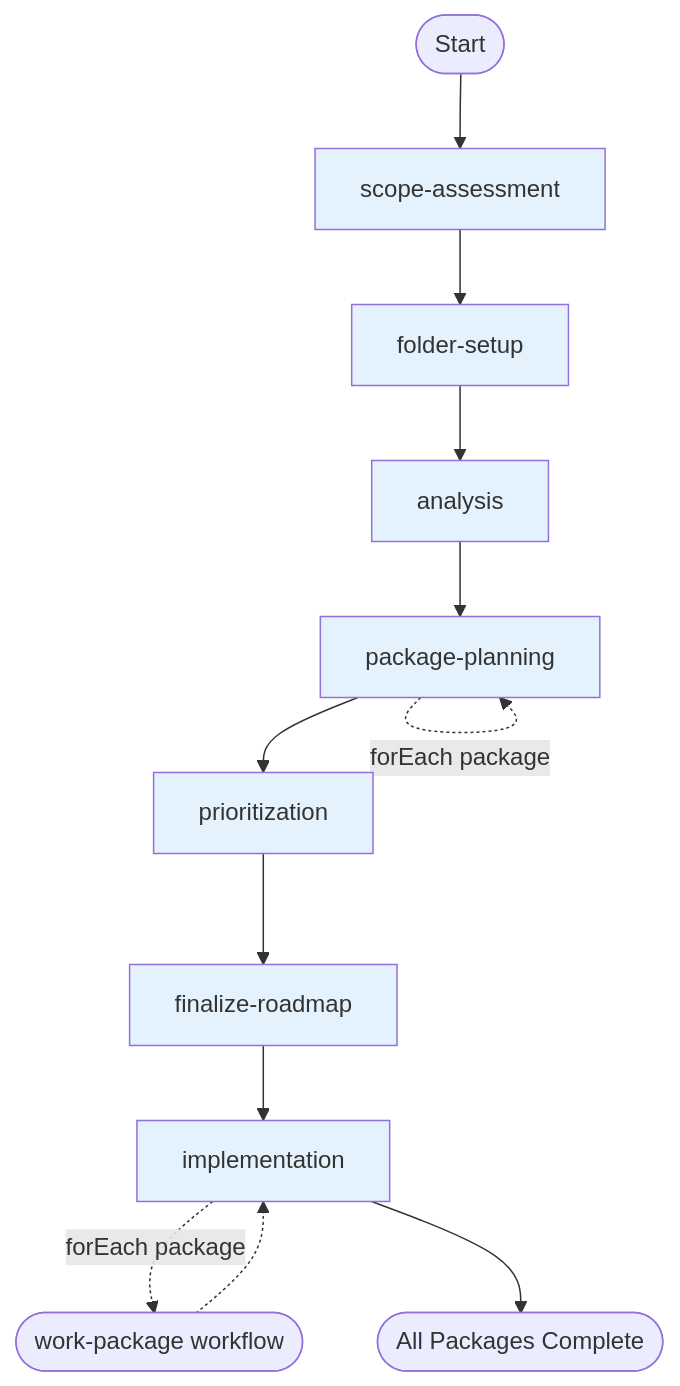
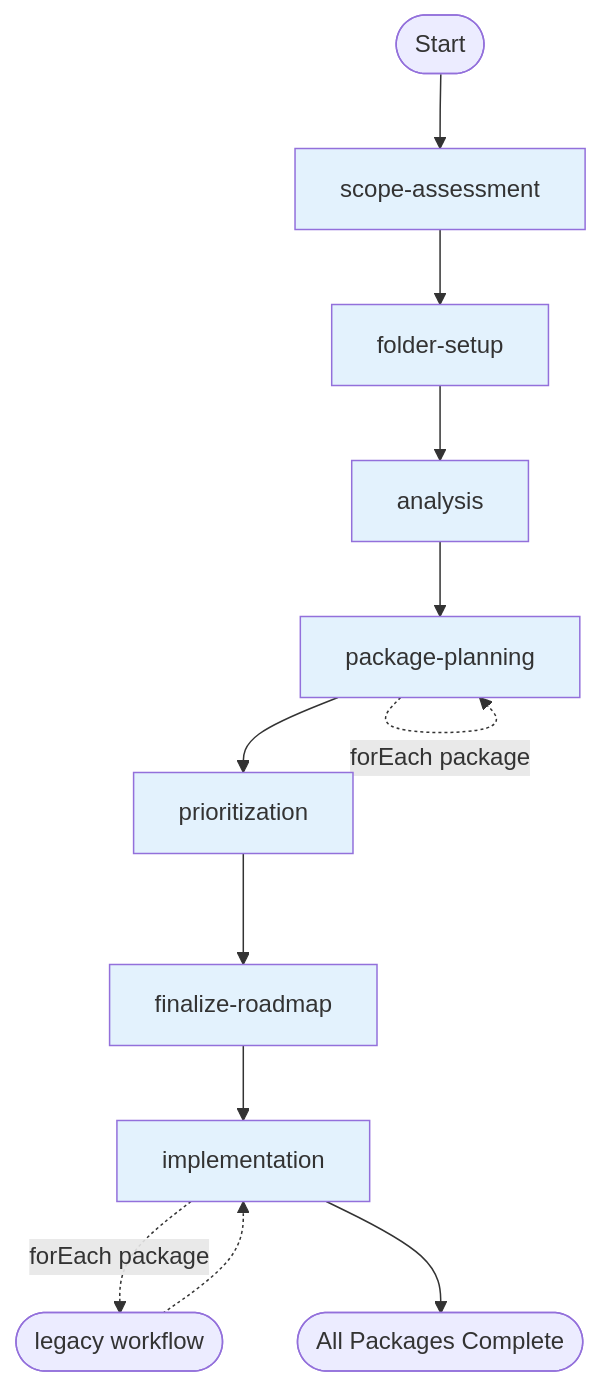
One commit to m2ux/workflow-server changed the diagram in corpus/work-packages/README.md. Above: the diagram before and after it, drawn with Mermaid. The commit also changed other lines of this file and 295 other files, not shown here.

First line of the commit message:
Place the combined workflow at legacy.

````diff
--- a/corpus/work-packages/README.md
+++ b/corpus/work-packages/README.md
@@ -22,24 +22,24 @@
 ```mermaid
 graph TD
     Start([Start]) --> SA[scope-assessment]
     SA --> FS[folder-setup]
     FS --> AN[analysis]
     AN --> PP[package-planning]
     PP --> PR[prioritization]
     PR --> FR[finalize-roadmap]
     FR --> IM[implementation]
     
     PP -.->|forEach package| PP
-    IM -.->|forEach package| WP([work-package workflow])
+    IM -.->|forEach package| WP([legacy workflow])
     WP -.-> IM
     
     IM --> Done([All Packages Complete])
     
     style SA fill:#e3f2fd
     style FS fill:#e3f2fd
     style AN fill:#e3f2fd
     style PP fill:#e3f2fd
     style PR fill:#e3f2fd
     style FR fill:#e3f2fd
     style IM fill:#e3f2fd
 ```
````
